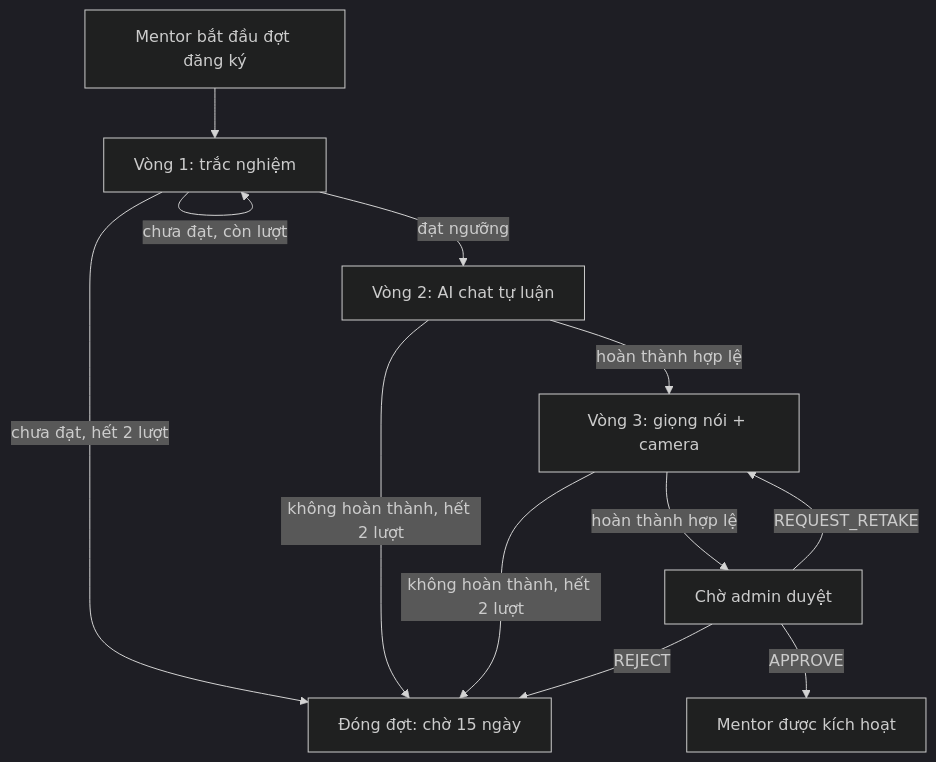
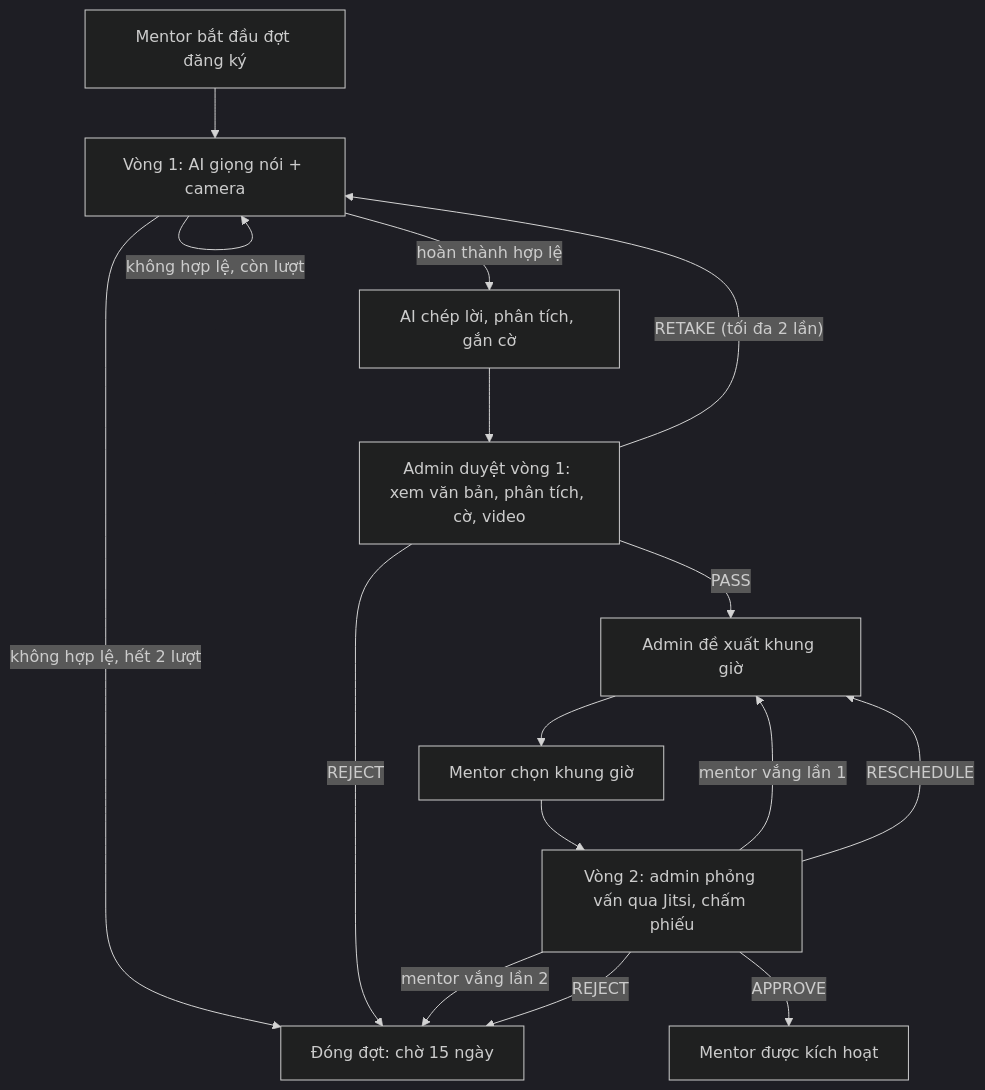
One commit to quangpham10212004/do_an_2026 changed the first of 3 diagrams in docs/design-mentor-verification.md. Above: the diagram before and after it, drawn with Mermaid (dark theme). The commit also changed other lines of this file and 1 other file, not shown here.

First line of the commit message:
docs(interview): chốt thiết kế xác thực mentor 2 vòng

````diff
--- a/docs/design-mentor-verification.md
+++ b/docs/design-mentor-verification.md
@@ -45,14 +53,18 @@
 ```mermaid
 flowchart TD
-    A["Mentor bắt đầu đợt đăng ký"] --> R1["Vòng 1: trắc nghiệm"]
-    R1 -->|"đạt ngưỡng"| R2["Vòng 2: AI chat tự luận"]
-    R1 -->|"chưa đạt, còn lượt"| R1
-    R1 -->|"chưa đạt, hết 2 lượt"| X["Đóng đợt: chờ 15 ngày"]
-    R2 -->|"hoàn thành hợp lệ"| R3["Vòng 3: giọng nói + camera"]
-    R2 -->|"không hoàn thành, hết 2 lượt"| X
-    R3 -->|"hoàn thành hợp lệ"| P["Chờ admin duyệt"]
-    R3 -->|"không hoàn thành, hết 2 lượt"| X
-    P -->|"APPROVE"| OK["Mentor được kích hoạt"]
-    P -->|"REJECT"| X
-    P -->|"REQUEST_RETAKE"| R3
+    A["Mentor bắt đầu đợt đăng ký"] --> R1["Vòng 1: AI giọng nói + camera"]
+    R1 -->|"không hợp lệ, còn lượt"| R1
+    R1 -->|"không hợp lệ, hết 2 lượt"| X["Đóng đợt: chờ 15 ngày"]
+    R1 -->|"hoàn thành hợp lệ"| T["AI chép lời, phân tích, gắn cờ"]
+    T --> V["Admin duyệt vòng 1: xem văn bản, phân tích, cờ, video"]
+    V -->|"REJECT"| X
+    V -->|"RETAKE (tối đa 2 lần)"| R1
+    V -->|"PASS"| S["Admin đề xuất khung giờ"]
+    S --> C["Mentor chọn khung giờ"]
+    C --> R2["Vòng 2: admin phỏng vấn qua Jitsi, chấm phiếu"]
+    R2 -->|"mentor vắng lần 1"| S
+    R2 -->|"mentor vắng lần 2"| X
+    R2 -->|"APPROVE"| OK["Mentor được kích hoạt"]
+    R2 -->|"REJECT"| X
+    R2 -->|"RESCHEDULE"| S
 ```
````
